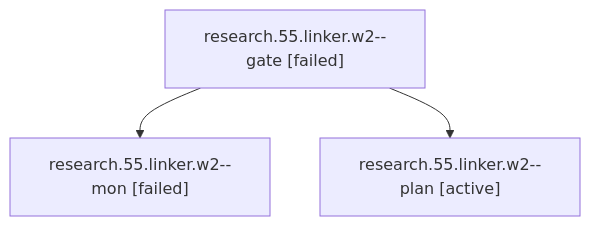
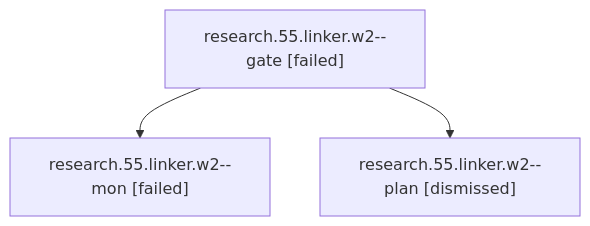
One commit to bobs-org/bob-cli--agents changed the diagram in sessions/bbugyi200.athena.research.55.linker.w2.md. Above: the diagram before and after it, drawn with Mermaid. The commit also changed other lines of this file and 602 other files, not shown here.

````diff
--- a/sessions/bbugyi200.athena.research.55.linker.w2.md
+++ b/sessions/bbugyi200.athena.research.55.linker.w2.md
@@ -9,8 +9,8 @@
 ```mermaid
 flowchart TD
   n0["research.55.linker.w2--gate [failed]"]
   n1["research.55.linker.w2--mon [failed]"]
   n0 --> n1
-  n2["research.55.linker.w2--plan [active]"]
+  n2["research.55.linker.w2--plan [dismissed]"]
   n0 --> n2
 ```
````
